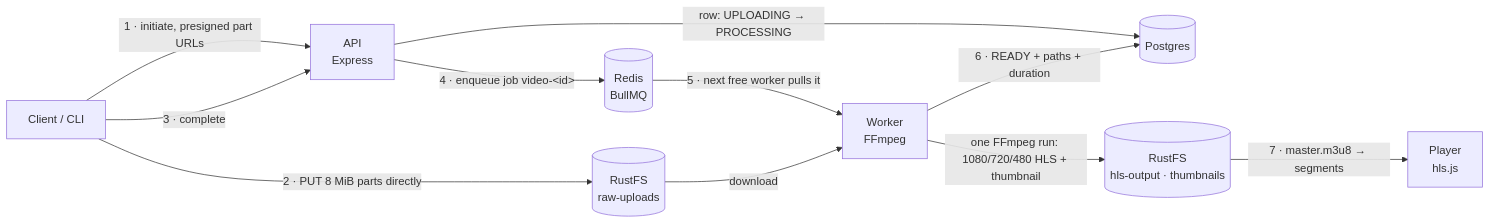
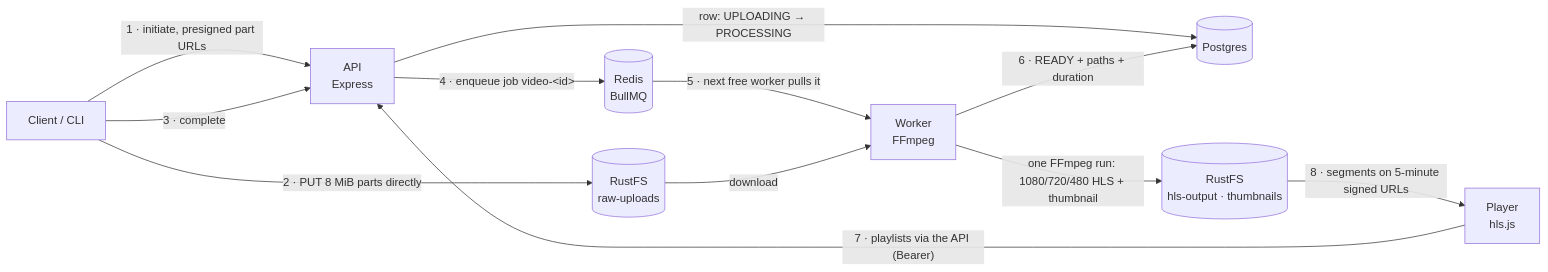
One commit to Muh-Hasan/klyro-stream changed the diagram in README.md. Above: the diagram before and after it, drawn with Mermaid. The commit also changed other lines of this file and 4 other files, not shown here.

````diff
--- a/README.md
+++ b/README.md
@@ -24,13 +24,14 @@
 ```mermaid
 flowchart LR
     C["Client / CLI"] -- "1 · initiate, presigned part URLs" --> API["API<br/>Express"]
     C -- "2 · PUT 8 MiB parts directly" --> RAW[("RustFS<br/>raw-uploads")]
     C -- "3 · complete" --> API
     API -- "row: UPLOADING → PROCESSING" --> PG[("Postgres")]
     API -- "4 · enqueue job video-&lt;id&gt;" --> Q[("Redis<br/>BullMQ")]
     Q -- "5 · next free worker pulls it" --> W["Worker<br/>FFmpeg"]
     RAW -- "download" --> W
     W -- "one FFmpeg run: 1080/720/480 HLS + thumbnail" --> HLS[("RustFS<br/>hls-output · thumbnails")]
     W -- "6 · READY + paths + duration" --> PG
-    HLS -- "7 · master.m3u8 → segments" --> P["Player<br/>hls.js"]
+    P["Player<br/>hls.js"] -- "7 · playlists via the API (Bearer)" --> API
+    HLS -- "8 · segments on 5-minute signed URLs" --> P
 ```
````
